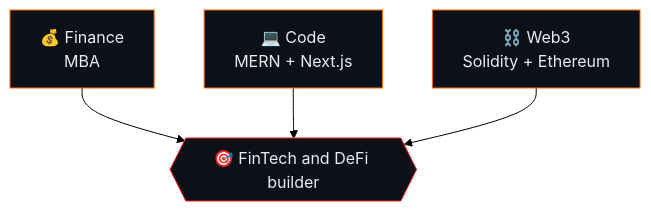
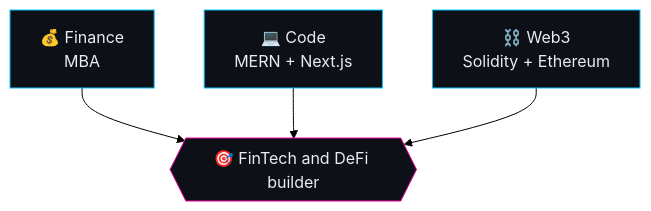
One commit to Mayur-Bhil/Mayur-Bhil changed the third of 3 diagrams in README.md. Above: the diagram before and after it, drawn with Mermaid (forest theme). The commit also changed other lines of this file, not shown here.

````diff
--- a/README.md
+++ b/README.md
@@ -111,10 +111,10 @@
 ```mermaid
 flowchart TB
     F[💰 Finance<br/>MBA] --> X{{🎯 FinTech and DeFi builder}}
     C[💻 Code<br/>MERN + Next.js] --> X
     W[⛓️ Web3<br/>Solidity + Ethereum] --> X
-    classDef a fill:#0d1117,stroke:#FF6A00,color:#e6edf3
-    classDef b fill:#0d1117,stroke:#FF1E1E,color:#e6edf3
+    classDef a fill:#0d1117,stroke:#00C6FF,color:#e6edf3
+    classDef b fill:#0d1117,stroke:#F107A3,color:#e6edf3
     class F,C,W a
     class X b
 ```
````
